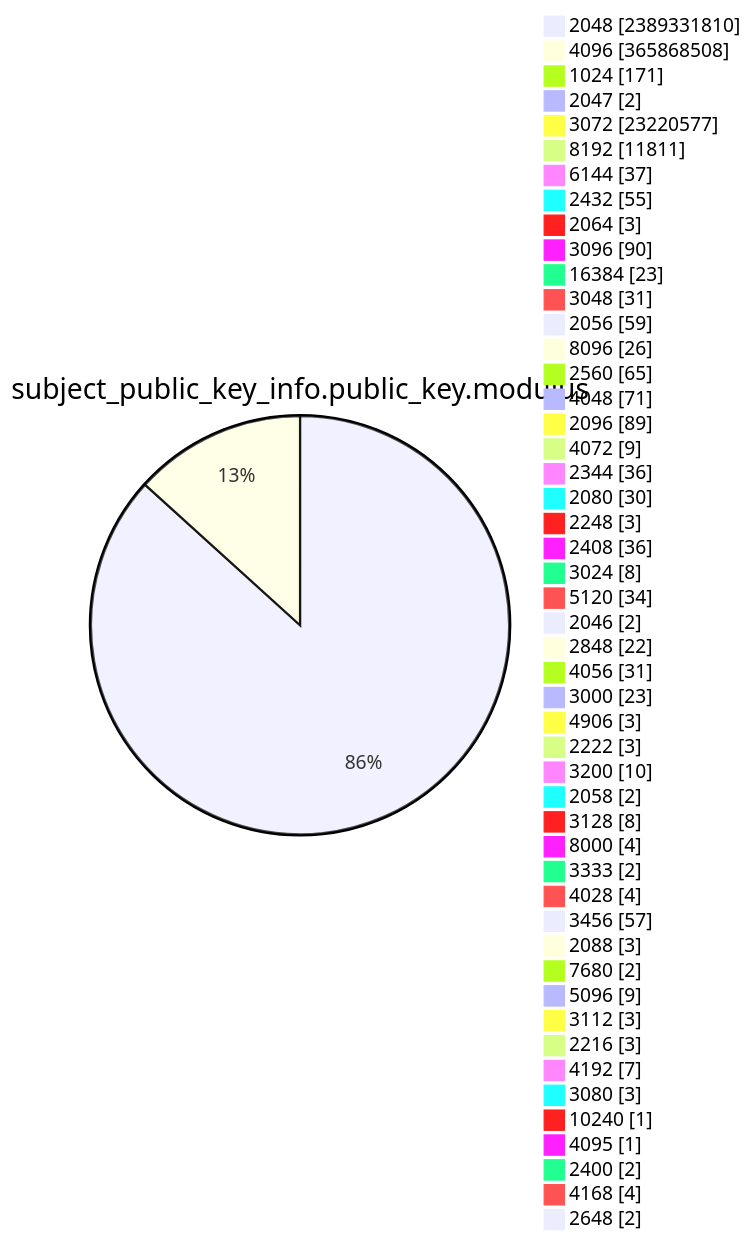
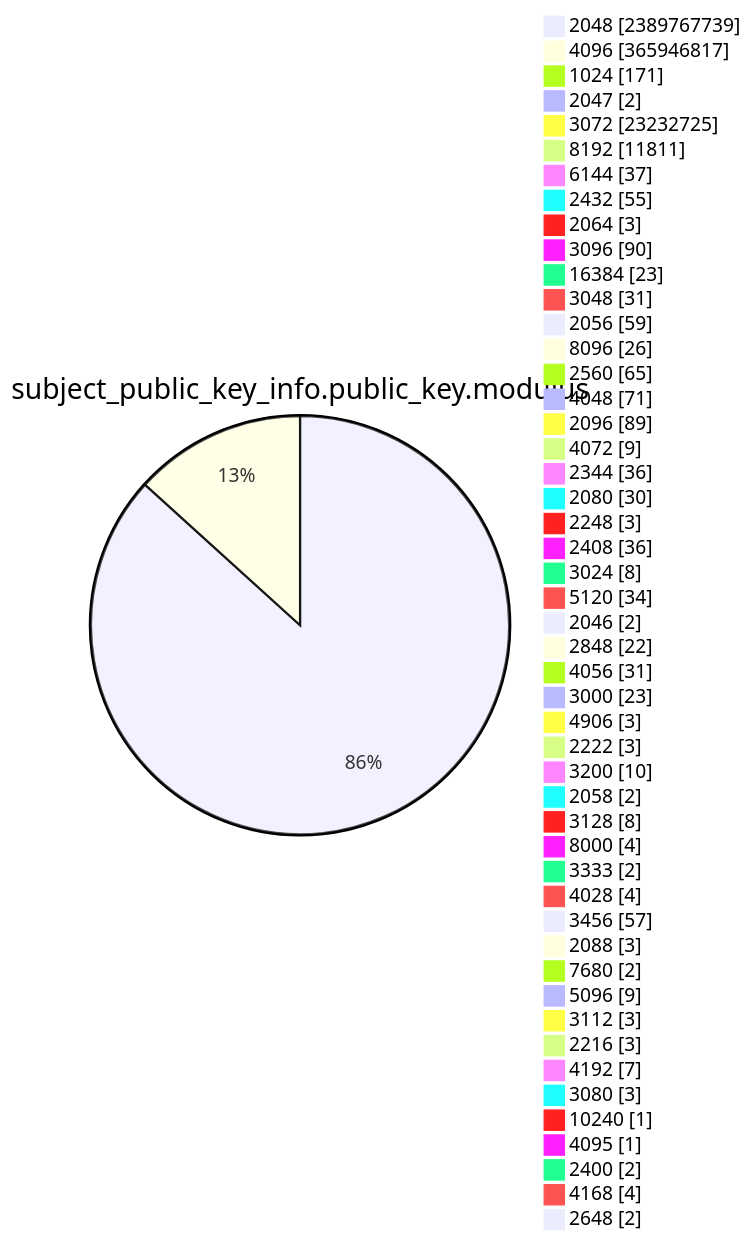
Before and after one commit to christiankrug/ctmonitor_visualization: diagram 13 of 15 in TOTAL/README.md, drawn with Mermaid. The commit also changed other lines of this file, not shown here.

````diff
--- a/TOTAL/README.md
+++ b/TOTAL/README.md
@@ -4167,53 +4167,53 @@
 ```mermaid
 pie showData
 title subject_public_key_info.public_key.modulus
-"2048" :2389331810
-"4096" :365868508
+"2048" :2389767739
+"4096" :365946817
 "1024" :171
 "2047" :2
-"3072" :23220577
+"3072" :23232725
 "8192" :11811
 "6144" :37
 "2432" :55
 "2064" :3
 "3096" :90
 "16384" :23
 "3048" :31
 "2056" :59
 "8096" :26
 "2560" :65
 "4048" :71
 "2096" :89
 "4072" :9
 "2344" :36
 "2080" :30
 "2248" :3
 "2408" :36
 "3024" :8
 "5120" :34
 "2046" :2
 "2848" :22
 "4056" :31
 "3000" :23
 "4906" :3
 "2222" :3
 "3200" :10
 "2058" :2
 "3128" :8
 "8000" :4
 "3333" :2
 "4028" :4
 "3456" :57
 "2088" :3
 "7680" :2
 "5096" :9
 "3112" :3
 "2216" :3
 "4192" :7
 "3080" :3
 "10240" :1
 "4095" :1
 "2400" :2
 "4168" :4
 "2648" :2
 ```
````
